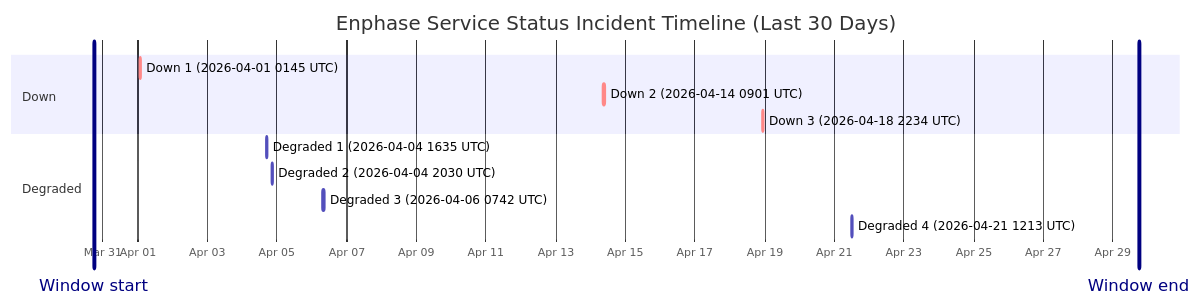
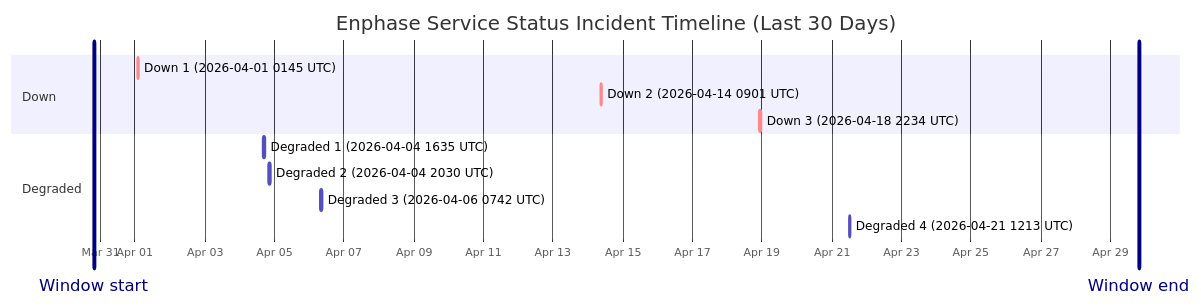
Before and after one commit to barneyonline/ha-enphase-ev-charger: the diagram in wiki/Service-Status-History.md, drawn with Mermaid. The commit also changed other lines of this file and 3 other files, not shown here.

````diff
--- a/wiki/Service-Status-History.md
+++ b/wiki/Service-Status-History.md
@@ -14,17 +14,17 @@
 ```mermaid
 gantt
     title Enphase Service Status Incident Timeline (Last 30 Days)
     dateFormat  YYYY-MM-DDTHH:mm:ss
     axisFormat  %b %d
-    Window start :vert, window-start, 2026-03-30T17:56:48, 0ms
-    Window end :vert, window-end, 2026-04-29T17:56:48, 0ms
+    Window start :vert, window-start, 2026-03-30T19:41:24, 0ms
+    Window end :vert, window-end, 2026-04-29T19:41:24, 0ms
     section Down
     Down 1 (2026-04-01 0145 UTC) :crit, down-1, 2026-04-01T01:45:09, 60m
     Down 2 (2026-04-14 0901 UTC) :crit, down-2, 2026-04-14T09:01:13, 60m
     Down 3 (2026-04-18 2234 UTC) :crit, down-3, 2026-04-18T22:34:13, 60m
     section Degraded
     Degraded 1 (2026-04-04 1635 UTC) :active, degraded-1, 2026-04-04T16:35:17, 60m
     Degraded 2 (2026-04-04 2030 UTC) :active, degraded-2, 2026-04-04T20:30:40, 60m
     Degraded 3 (2026-04-06 0742 UTC) :active, degraded-3, 2026-04-06T07:42:09, 85m
     Degraded 4 (2026-04-21 1213 UTC) :active, degraded-4, 2026-04-21T12:13:11, 60m
 ```
````
